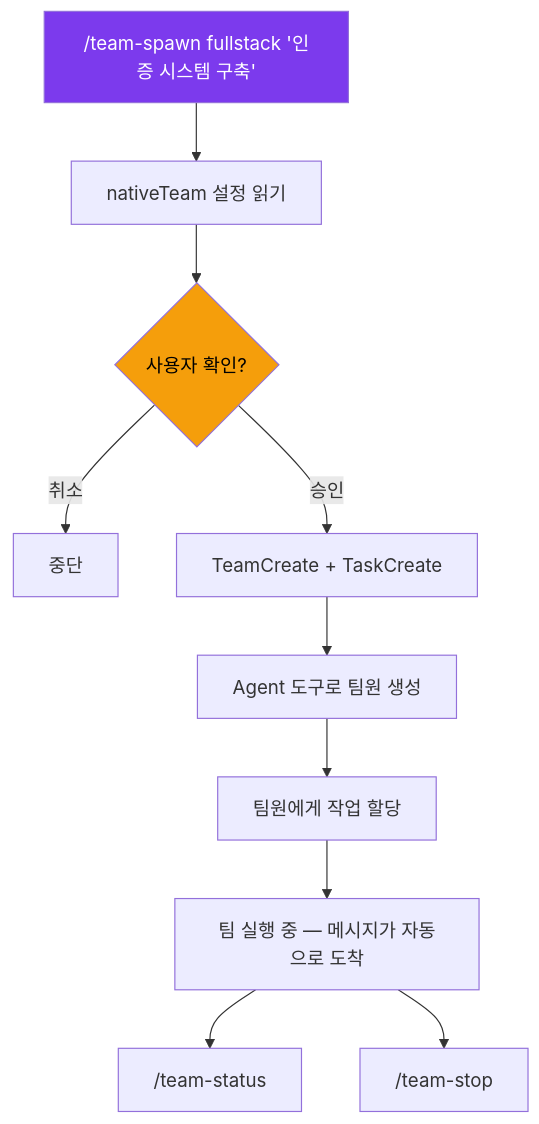
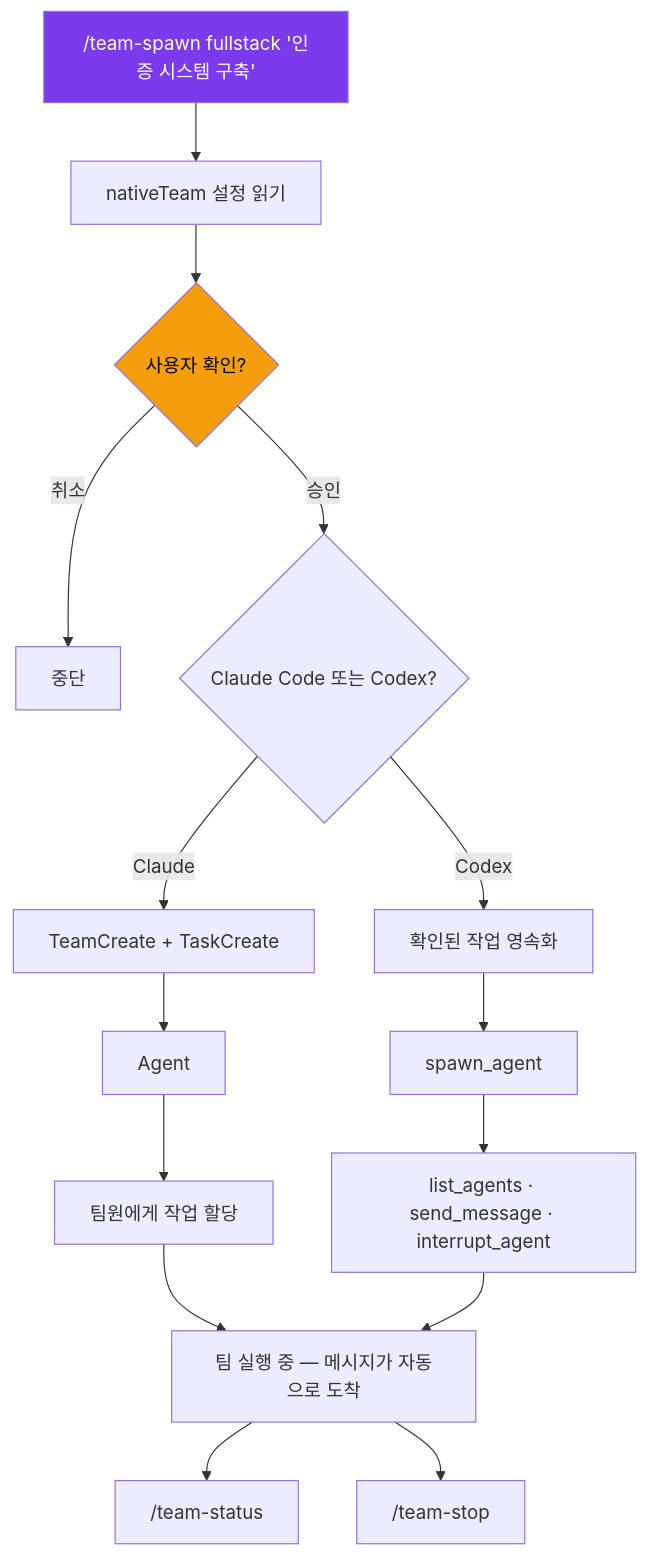
One commit to Hoya324/oh-my-harness changed the seventh of 7 diagrams in README.ko.md. Above: the diagram before and after it, drawn with Mermaid. The commit also changed other lines of this file and 15 other files, not shown here.

````diff
--- a/README.ko.md
+++ b/README.ko.md
@@ -422,16 +440,21 @@
 ```mermaid
 graph TD
     START["/team-spawn fullstack '인증 시스템 구축'"] --> CONFIG[nativeTeam 설정 읽기]
     CONFIG --> CONFIRM{"사용자 확인?"}
     CONFIRM -->|취소| ABORT[중단]
-    CONFIRM -->|승인| CREATE["TeamCreate + TaskCreate"]
-    CREATE --> SPAWN["Agent 도구로 팀원 생성"]
+    CONFIRM -->|승인| RUNTIME{"Claude Code 또는 Codex?"}
+    RUNTIME -->|Claude| CREATE["TeamCreate + TaskCreate"]
+    CREATE --> SPAWN["Agent"]
+    RUNTIME -->|Codex| CCREATE["확인된 작업 영속화"]
+    CCREATE --> CSPAWN["spawn_agent"]
+    CSPAWN --> CRECON["list_agents · send_message · interrupt_agent"]
     SPAWN --> ASSIGN["팀원에게 작업 할당"]
     ASSIGN --> RUNNING["팀 실행 중 — 메시지가 자동으로 도착"]
+    CRECON --> RUNNING
 
     RUNNING --> STATUS["/team-status"]
     RUNNING --> STOP["/team-stop"]
 
     style START fill:#7C3AED,color:#fff
     style CONFIRM fill:#f59e0b,color:#000
 ```
````
